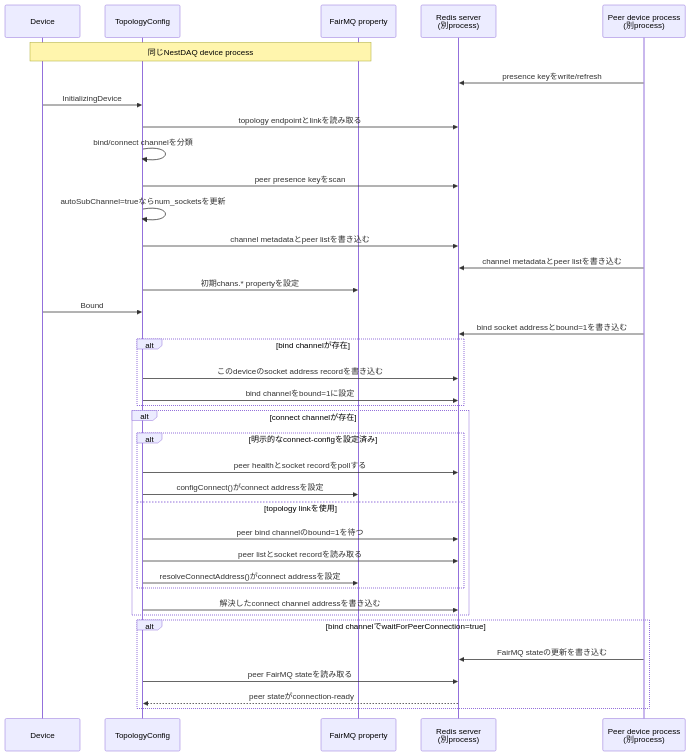
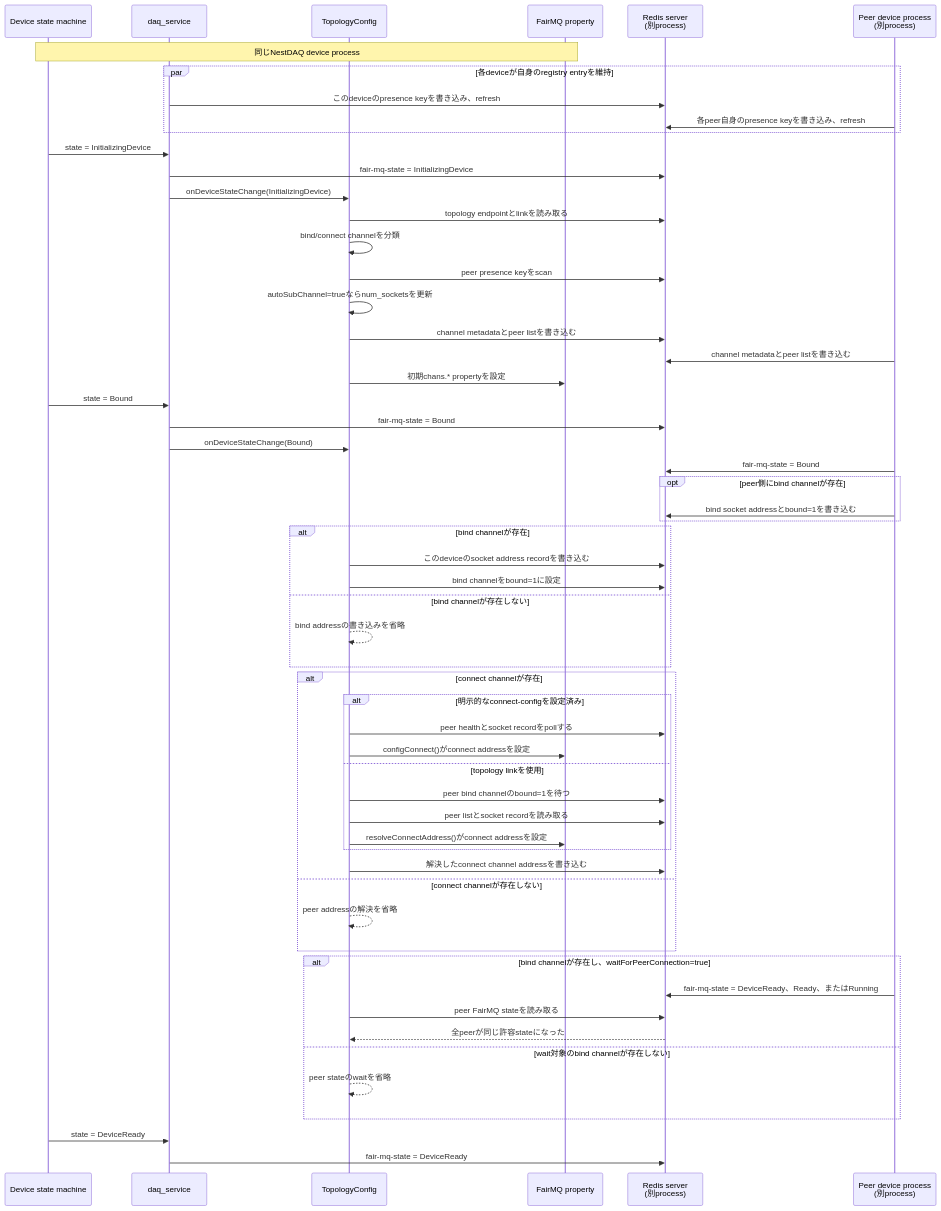
The second of 3 diagrams in plugins/README.ja.md (tntakahashi/nestdaq), drawn with Mermaid before and after one commit. The commit also changed other lines of this file and 1 other file, not shown here.

Commit message:
docs(plugins): clarify device states and topology branches

````diff
--- a/plugins/README.ja.md
+++ b/plugins/README.ja.md
@@ -357,42 +357,61 @@
 ```mermaid
 sequenceDiagram
-    participant Device
+    participant Device as Device state machine
+    participant DaqService as daq_service
     participant TopologyConfig
     participant FairMQProperties as FairMQ property
     participant Redis as Redis server<br/>(別process)
     participant PeerDevices as Peer device process<br/>(別process)
     Note over Device,FairMQProperties: 同じNestDAQ device process
 
-    PeerDevices->>Redis: presence keyをwrite/refresh
-    Device->>TopologyConfig: InitializingDevice
+    par 各deviceが自身のregistry entryを維持
+        DaqService->>Redis: このdeviceのpresence keyを書き込み、refresh
+        PeerDevices->>Redis: 各peer自身のpresence keyを書き込み、refresh
+    end
+    Device->>DaqService: state = InitializingDevice
+    DaqService->>Redis: fair-mq-state = InitializingDevice
+    DaqService->>TopologyConfig: onDeviceStateChange(InitializingDevice)
     TopologyConfig->>Redis: topology endpointとlinkを読み取る
     TopologyConfig->>TopologyConfig: bind/connect channelを分類
     TopologyConfig->>Redis: peer presence keyをscan
     TopologyConfig->>TopologyConfig: autoSubChannel=trueならnum_socketsを更新
     TopologyConfig->>Redis: channel metadataとpeer listを書き込む
     PeerDevices->>Redis: channel metadataとpeer listを書き込む
     TopologyConfig->>FairMQProperties: 初期chans.* propertyを設定
 
-    Device->>TopologyConfig: Bound
-    PeerDevices->>Redis: bind socket addressとbound=1を書き込む
+    Device->>DaqService: state = Bound
+    DaqService->>Redis: fair-mq-state = Bound
+    DaqService->>TopologyConfig: onDeviceStateChange(Bound)
+    PeerDevices->>Redis: fair-mq-state = Bound
+    opt peer側にbind channelが存在
+        PeerDevices->>Redis: bind socket addressとbound=1を書き込む
+    end
     alt bind channelが存在
         TopologyConfig->>Redis: このdeviceのsocket address recordを書き込む
         TopologyConfig->>Redis: bind channelをbound=1に設定
+    else bind channelが存在しない
+        TopologyConfig-->>TopologyConfig: bind addressの書き込みを省略
     end
     alt connect channelが存在
         alt 明示的なconnect-configを設定済み
             TopologyConfig->>Redis: peer healthとsocket recordをpollする
             TopologyConfig->>FairMQProperties: configConnect()がconnect addressを設定
         else topology linkを使用
             TopologyConfig->>Redis: peer bind channelのbound=1を待つ
             TopologyConfig->>Redis: peer listとsocket recordを読み取る
             TopologyConfig->>FairMQProperties: resolveConnectAddress()がconnect addressを設定
         end
         TopologyConfig->>Redis: 解決したconnect channel addressを書き込む
+    else connect channelが存在しない
+        TopologyConfig-->>TopologyConfig: peer addressの解決を省略
     end
-    alt bind channelでwaitForPeerConnection=true
-        PeerDevices->>Redis: FairMQ stateの更新を書き込む
+    alt bind channelが存在し、waitForPeerConnection=true
+        PeerDevices->>Redis: fair-mq-state = DeviceReady、Ready、またはRunning
         TopologyConfig->>Redis: peer FairMQ stateを読み取る
-        Redis-->>TopologyConfig: peer stateがconnection-ready
+        Redis-->>TopologyConfig: 全peerが同じ許容stateになった
+    else wait対象のbind channelが存在しない
+        TopologyConfig-->>TopologyConfig: peer stateのwaitを省略
     end
+    Device->>DaqService: state = DeviceReady
+    DaqService->>Redis: fair-mq-state = DeviceReady
 ```
````
